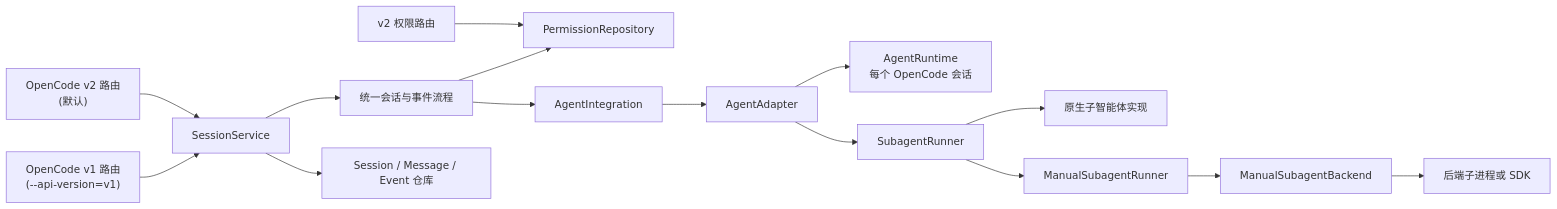
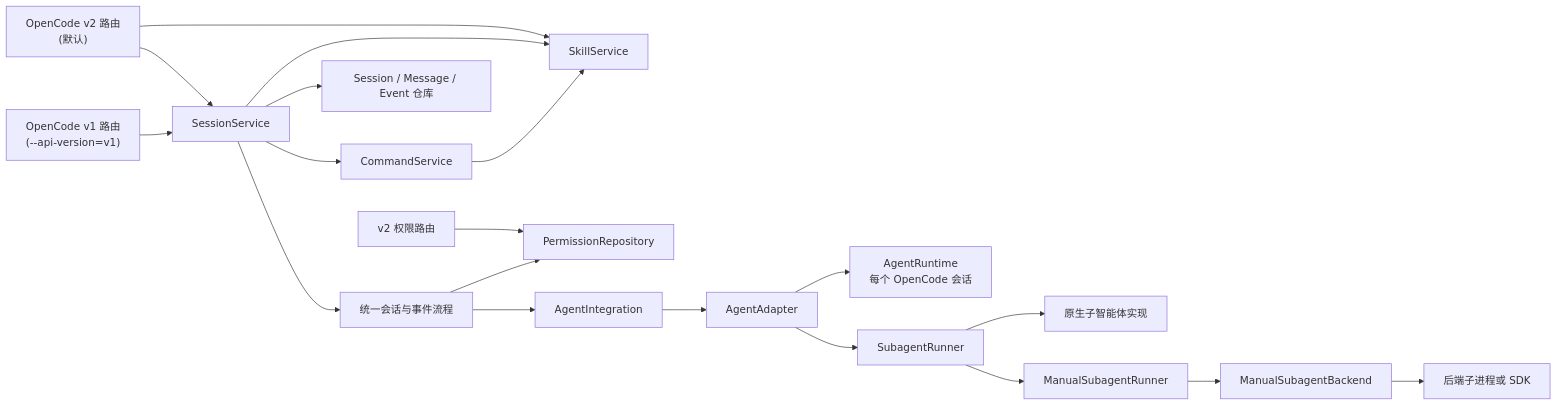
Before and after one commit to wkgcass/opencode-server-adaptor: the diagram in INTERFACE.md, drawn with Mermaid. The commit also changed other lines of this file and 22 other files, not shown here.

````diff
--- a/INTERFACE.md
+++ b/INTERFACE.md
@@ -19,18 +19,22 @@
 ```mermaid
 flowchart LR
     V2["OpenCode v2 路由<br/>(默认)"] --> Service["SessionService"]
     V1["OpenCode v1 路由<br/>(--api-version=v1)"] --> Service
+    V2 --> Skill["SkillService"]
     Permission["v2 权限路由"] --> PermissionRepo["PermissionRepository"]
     Service --> Server["统一会话与事件流程"]
     Service --> Repositories["Session / Message / Event 仓库"]
+    Service --> Command["CommandService"]
+    Service --> Skill
     Server --> Integration["AgentIntegration"]
     Server --> PermissionRepo
     Integration --> Adapter["AgentAdapter"]
     Adapter --> Runtime["AgentRuntime<br/>每个 OpenCode 会话"]
     Adapter --> Subagent["SubagentRunner"]
+    Command --> Skill
 
     Subagent --> Native["原生子智能体实现"]
     Subagent --> Manual["ManualSubagentRunner"]
     Manual --> Backend["ManualSubagentBackend"]
     Backend --> Process["后端子进程或 SDK"]
 ```
````
